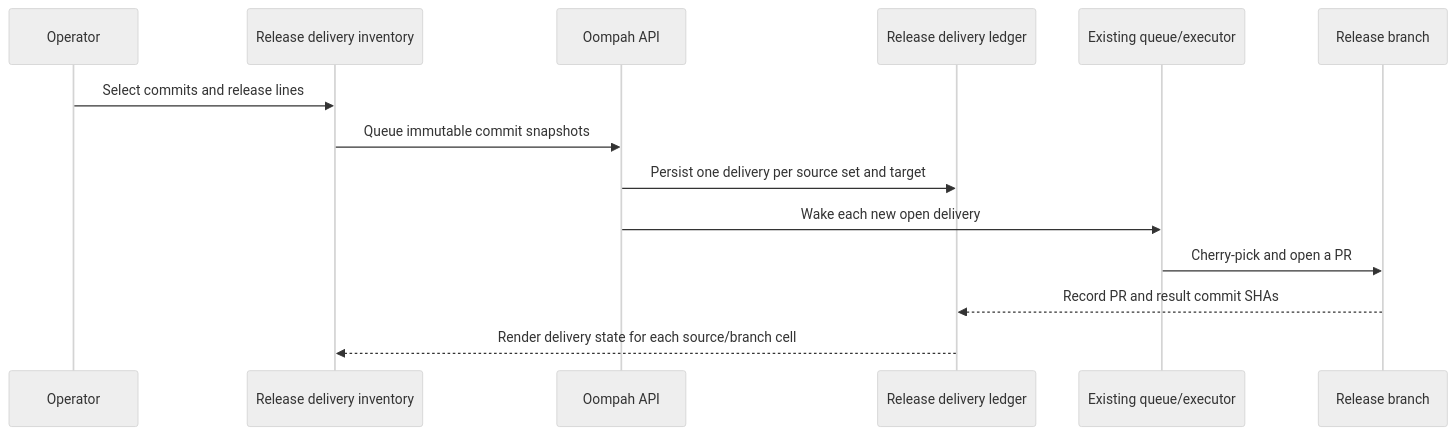
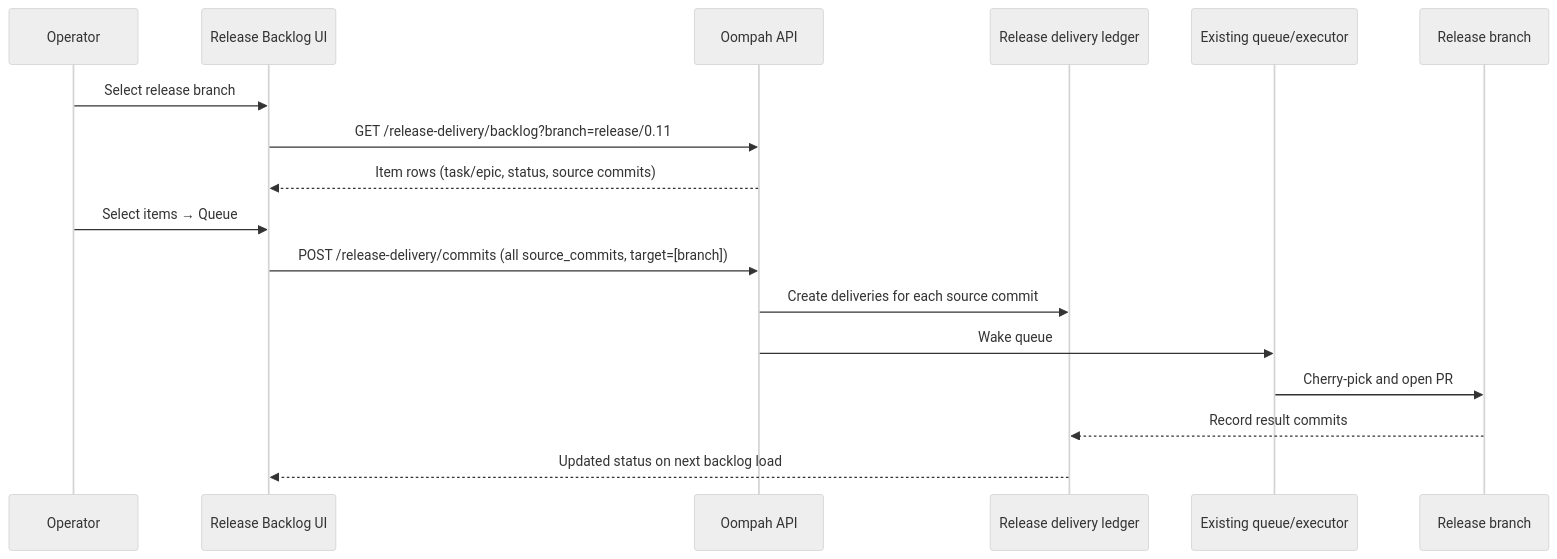
Before and after one commit to lesserevil/oompah: the diagram in plans/release-delivery-commit-inventory.md, drawn with Mermaid (neutral theme). The commit also changed other lines of this file and 7 other files, not shown here.

First line of the commit message:
OOMPAH-236: Replace Release Delivery commit pagination with item-centric release backlog

````diff
--- a/plans/release-delivery-commit-inventory.md
+++ b/plans/release-delivery-commit-inventory.md
@@ -30,17 +26,20 @@
 ```mermaid
 sequenceDiagram
     participant O as Operator
-    participant I as Release delivery inventory
+    participant B as Release Backlog UI
     participant API as Oompah API
     participant L as Release delivery ledger
     participant Q as Existing queue/executor
     participant R as Release branch
 
-    O->>I: Select commits and release lines
-    I->>API: Queue immutable commit snapshots
-    API->>L: Persist one delivery per source set and target
-    API->>Q: Wake each new open delivery
-    Q->>R: Cherry-pick and open a PR
-    R-->>L: Record PR and result commit SHAs
-    L-->>I: Render delivery state for each source/branch cell
+    O->>B: Select release branch
+    B->>API: GET /release-delivery/backlog?branch=release/0.11
+    API-->>B: Item rows (task/epic, status, source commits)
+    O->>B: Select items → Queue
+    B->>API: POST /release-delivery/commits (all source_commits, target=[branch])
+    API->>L: Create deliveries for each source commit
+    API->>Q: Wake queue
+    Q->>R: Cherry-pick and open PR
+    R-->>L: Record result commits
+    L-->>B: Updated status on next backlog load
 ```
````
